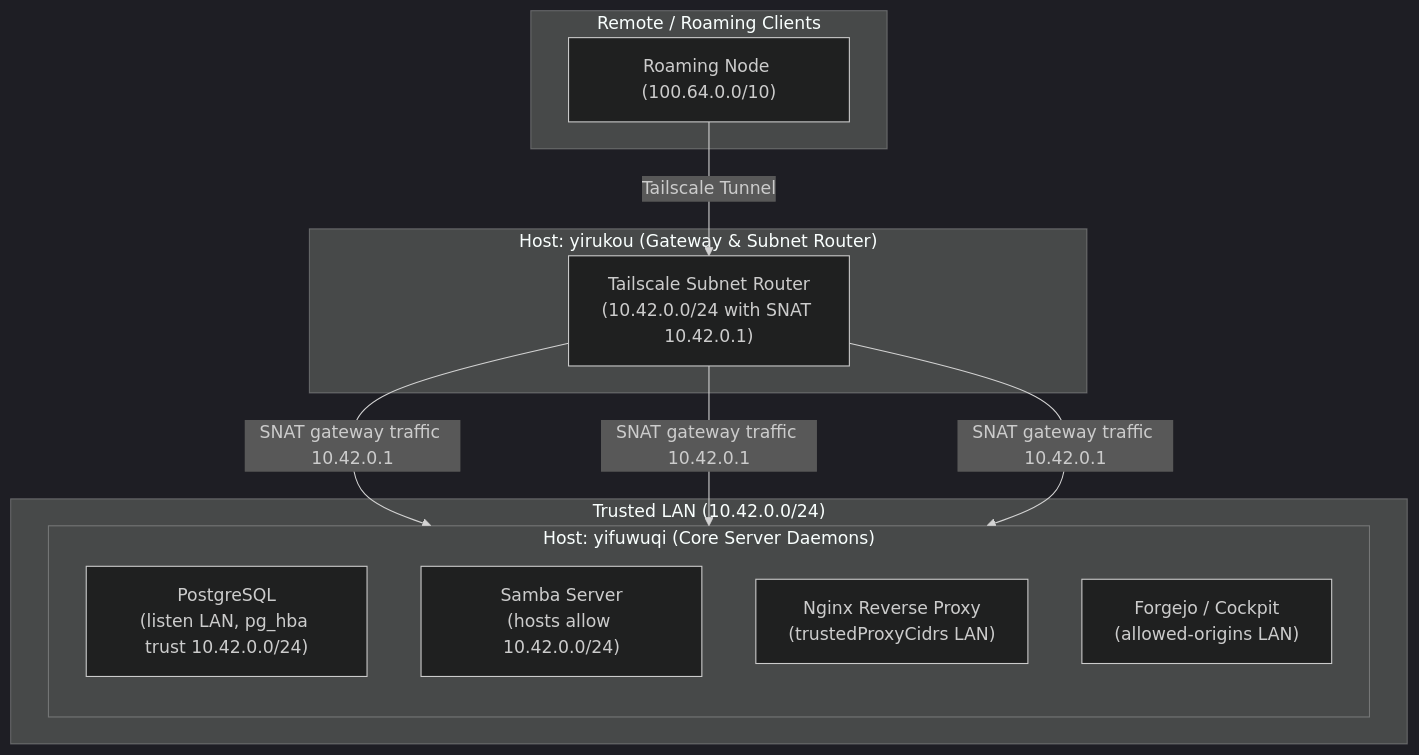
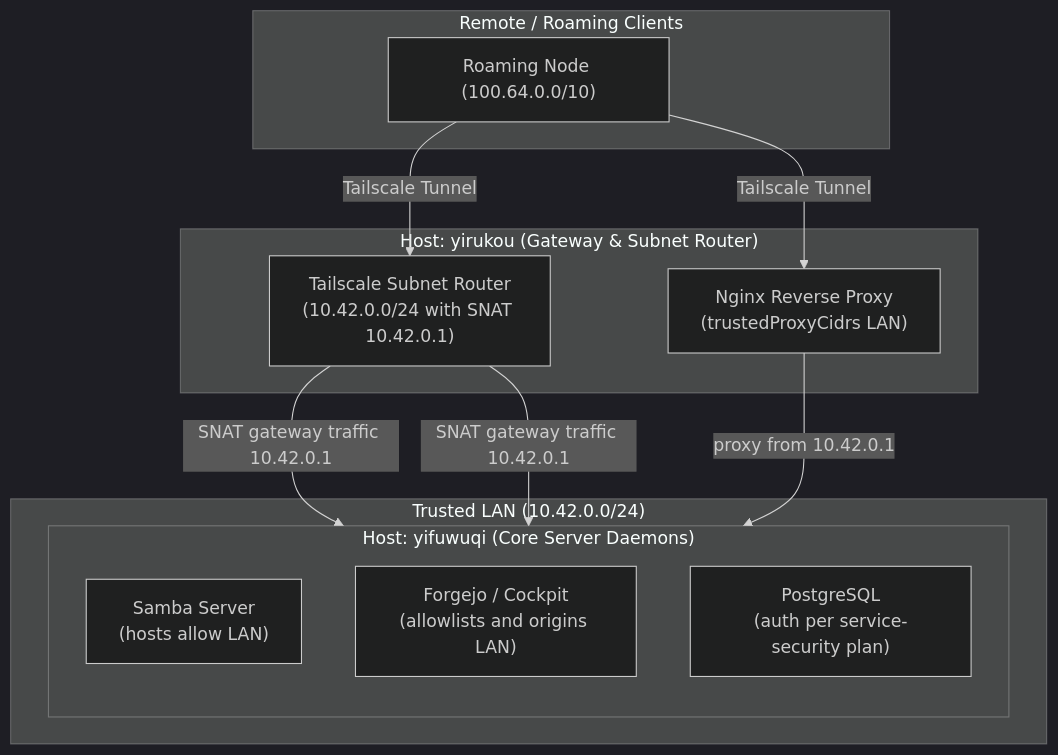
The first of 2 diagrams in docs/src/plans/vpn-to-lan-migration-plan.md (categoricalcat/nixos), drawn with Mermaid (dark theme) before and after one commit. The commit also changed other lines of this file and 10 other files, not shown here.

First line of the commit message:
Drop finished plans and split the remaining architecture work so each plan owns one concern.

````diff
--- a/docs/src/plans/vpn-to-lan-migration-plan.md
+++ b/docs/src/plans/vpn-to-lan-migration-plan.md
@@ -13,25 +13,26 @@
 ```mermaid
 flowchart TD
     subgraph External["Remote / Roaming Clients"]
         REMOTE["Roaming Node (100.64.0.0/10)"]
     end
 
     subgraph Gateway["Host: yirukou (Gateway & Subnet Router)"]
         SR["Tailscale Subnet Router<br/>(10.42.0.0/24 with SNAT 10.42.0.1)"]
+        NGX["Nginx Reverse Proxy<br/>(trustedProxyCidrs LAN)"]
     end
 
     subgraph LAN["Trusted LAN (10.42.0.0/24)"]
         subgraph Yifuwuqi["Host: yifuwuqi (Core Server Daemons)"]
             direction TB
-            PG["PostgreSQL<br/>(listen LAN, pg_hba trust 10.42.0.0/24)"]
-            SMB["Samba Server<br/>(hosts allow 10.42.0.0/24)"]
-            NGX["Nginx Reverse Proxy<br/>(trustedProxyCidrs LAN)"]
-            APPS["Forgejo / Cockpit<br/>(allowed-origins LAN)"]
+            SMB["Samba Server<br/>(hosts allow LAN)"]
+            APPS["Forgejo / Cockpit<br/>(allowlists and origins LAN)"]
+            PG["PostgreSQL<br/>(auth per service-security plan)"]
         end
     end
 
     REMOTE -->|Tailscale Tunnel| SR
+    REMOTE -->|Tailscale Tunnel| NGX
+    SR -->|SNAT gateway traffic 10.42.0.1| SMB
     SR -->|SNAT gateway traffic 10.42.0.1| PG
-    SR -->|SNAT gateway traffic 10.42.0.1| SMB
-    SR -->|SNAT gateway traffic 10.42.0.1| NGX
+    NGX -->|proxy from 10.42.0.1| APPS
 ```
````
